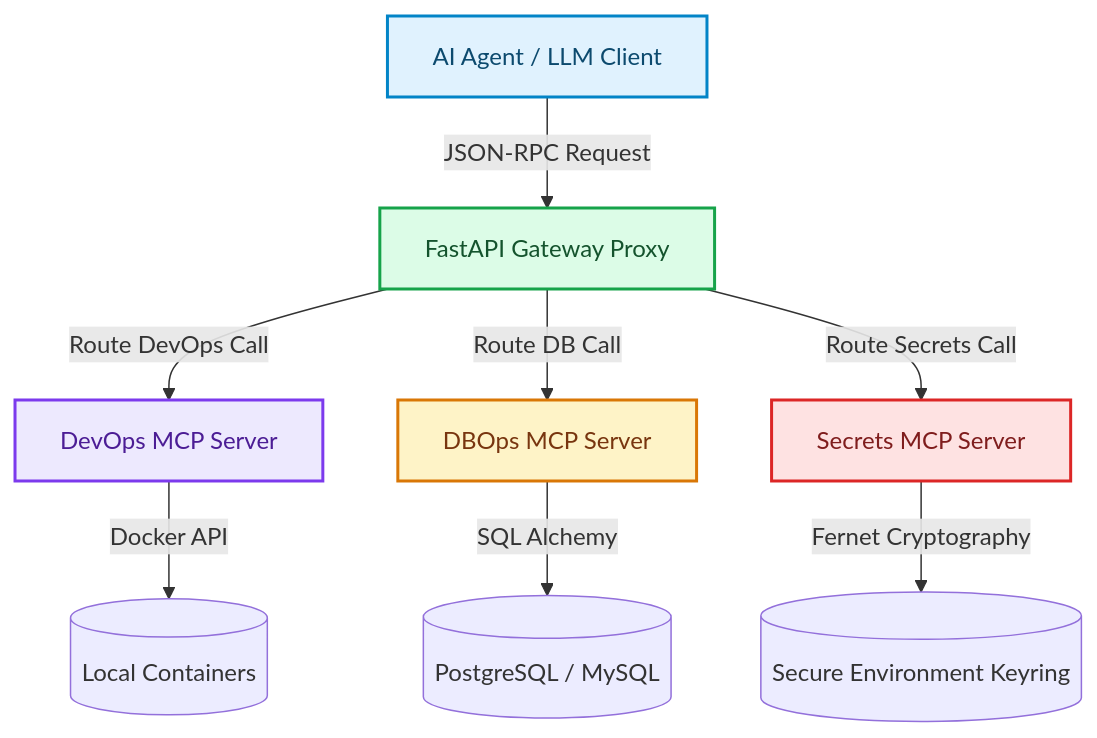
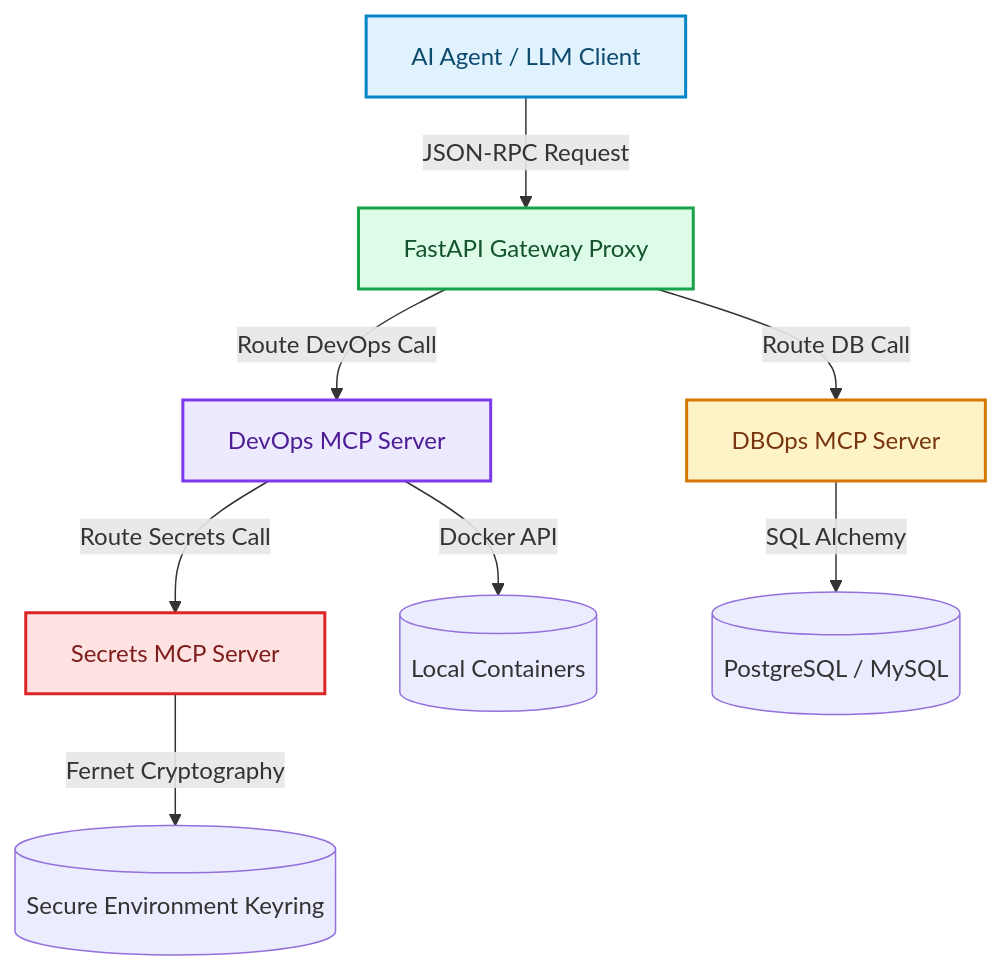
Before and after one commit to akmalkhaniub/akmalkhaniub.github.io: the diagram in blog/posts/context-engineering-mcp.md, drawn with Mermaid. The commit also changed other lines of this file and 894 other files, not shown here.

Commit message:
feat(blog): upgrade all 444 posts with unique staggered dates, 2-col Mermaid spines, benchmark tables, code blocks, and trade-offs

````diff
--- a/blog/posts/context-engineering-mcp.md
+++ b/blog/posts/context-engineering-mcp.md
@@ -26,22 +26,22 @@
 ```mermaid
 flowchart TD
     A["AI Agent / LLM Client"] -->|JSON-RPC Request| B["FastAPI Gateway Proxy"]
     B -->|Route DevOps Call| C["DevOps MCP Server"]
     B -->|Route DB Call| D["DBOps MCP Server"]
-    B -->|Route Secrets Call| E["Secrets MCP Server"]
+    C --> |Route Secrets Call| E["Secrets MCP Server"]
     
     C -->|Docker API| F[(Local Containers)]
     D -->|SQL Alchemy| G[(PostgreSQL / MySQL)]
     E -->|Fernet Cryptography| H[(Secure Environment Keyring)]
 
 classDef green fill:#dcfce7,stroke:#16a34a,stroke-width:2px,color:#14532d;
 classDef red fill:#fee2e2,stroke:#dc2626,stroke-width:2px,color:#7f1d1d;
 classDef blue fill:#e0f2fe,stroke:#0284c7,stroke-width:2px,color:#0c4a6e;
 classDef yellow fill:#fef3c7,stroke:#d97706,stroke-width:2px,color:#78350f;
 classDef purple fill:#ede9fe,stroke:#7c3aed,stroke-width:2px,color:#4c1d95;
 class A blue
 class B green
 class C purple
 class D yellow
 class E red
 ```
````
